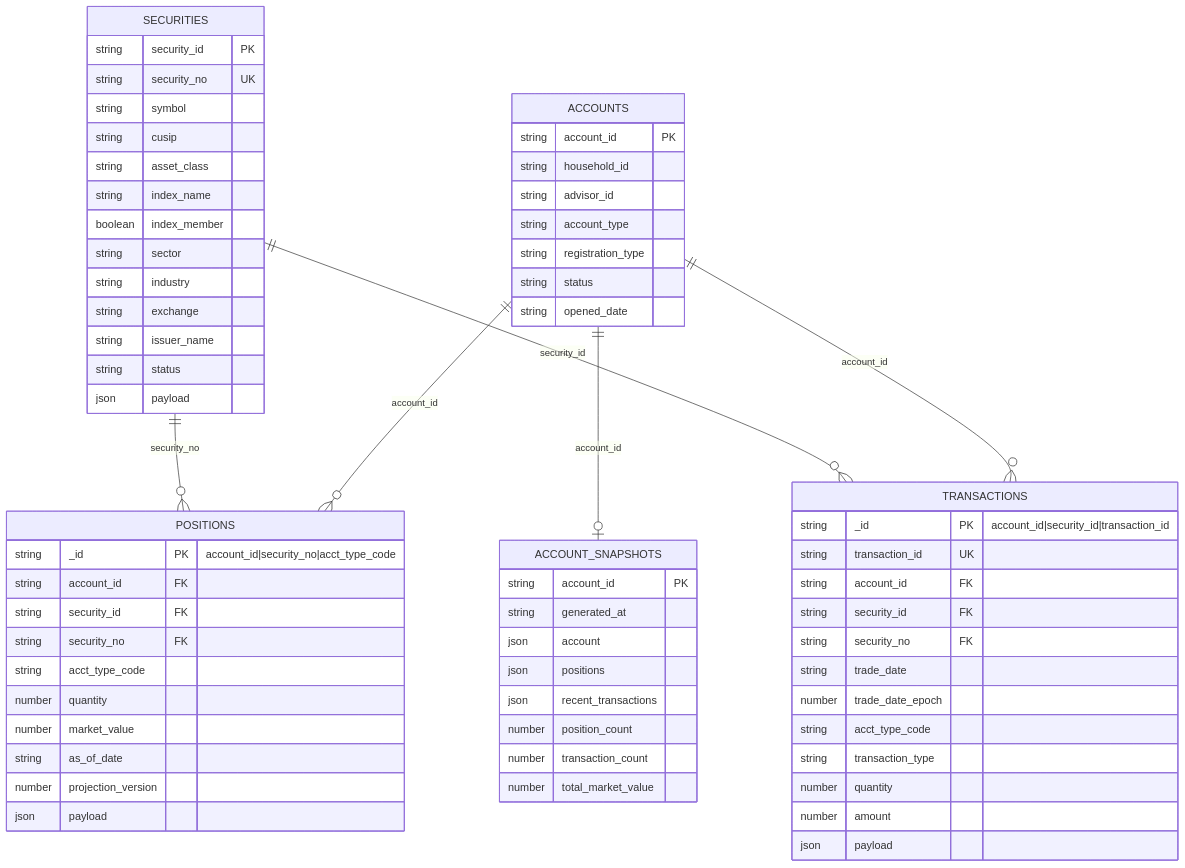
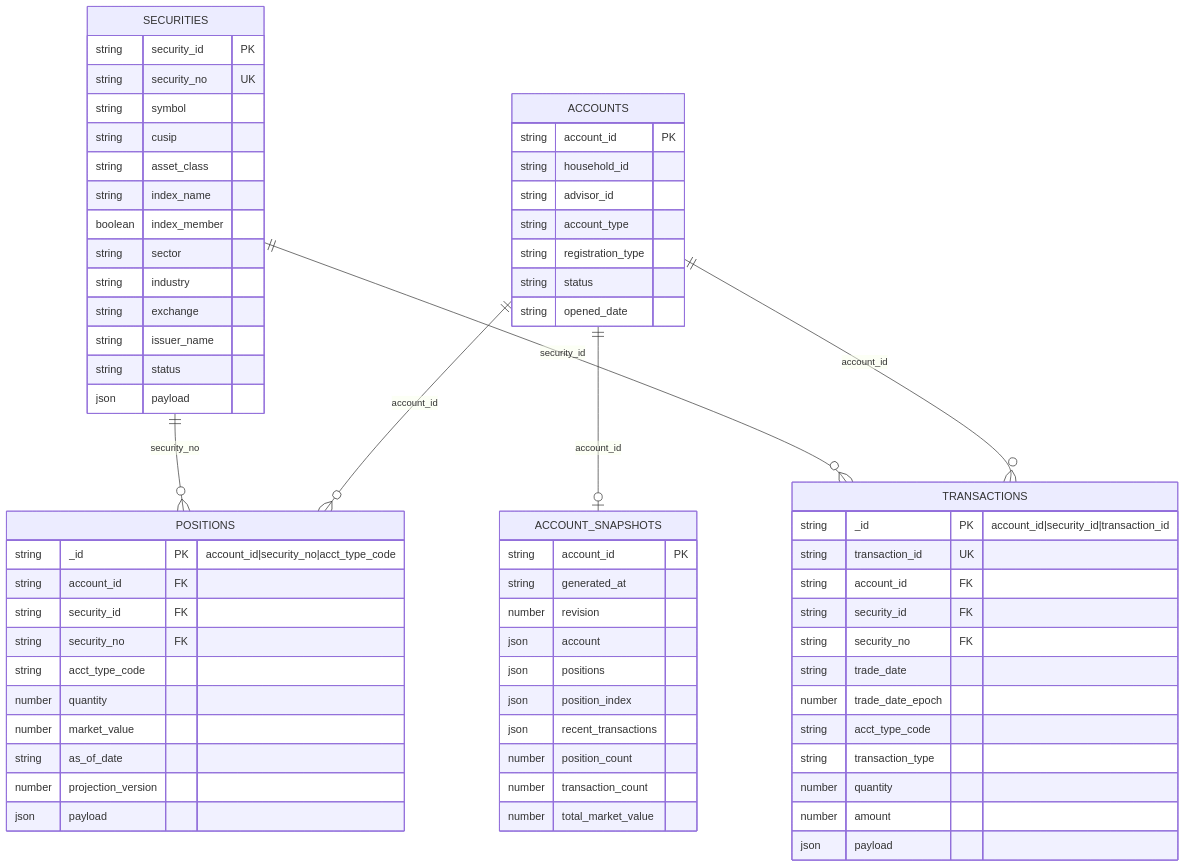
The first of 4 diagrams in README.md (alberttwong/redis_financial_demo), drawn with Mermaid before and after one commit. The commit also changed other lines of this file and 50 other files, not shown here.

````diff
--- a/README.md
+++ b/README.md
@@ -107,73 +109,75 @@
 ```mermaid
 erDiagram
     ACCOUNTS ||--o{ POSITIONS : "account_id"
     ACCOUNTS ||--o{ TRANSACTIONS : "account_id"
     SECURITIES ||--o{ POSITIONS : "security_no"
     SECURITIES ||--o{ TRANSACTIONS : "security_id"
     ACCOUNTS ||--o| ACCOUNT_SNAPSHOTS : "account_id"
 
     ACCOUNTS {
         string account_id PK
         string household_id
         string advisor_id
         string account_type
         string registration_type
         string status
         string opened_date
     }
 
     SECURITIES {
         string security_id PK
         string security_no UK
         string symbol
         string cusip
         string asset_class
         string index_name
         boolean index_member
         string sector
         string industry
         string exchange
         string issuer_name
         string status
         json payload
     }
 
     POSITIONS {
         string _id PK "account_id|security_no|acct_type_code"
         string account_id FK
         string security_id FK
         string security_no FK
         string acct_type_code
         number quantity
         number market_value
         string as_of_date
         number projection_version
         json payload
     }
 
     TRANSACTIONS {
         string _id PK "account_id|security_id|transaction_id"
         string transaction_id UK
         string account_id FK
         string security_id FK
         string security_no FK
         string trade_date
         number trade_date_epoch
         string acct_type_code
         string transaction_type
         number quantity
         number amount
         json payload
     }
 
     ACCOUNT_SNAPSHOTS {
         string account_id PK
         string generated_at
+        number revision
         json account
         json positions
+        json position_index
         json recent_transactions
         number position_count
         number transaction_count
         number total_market_value
     }
 ```
````
